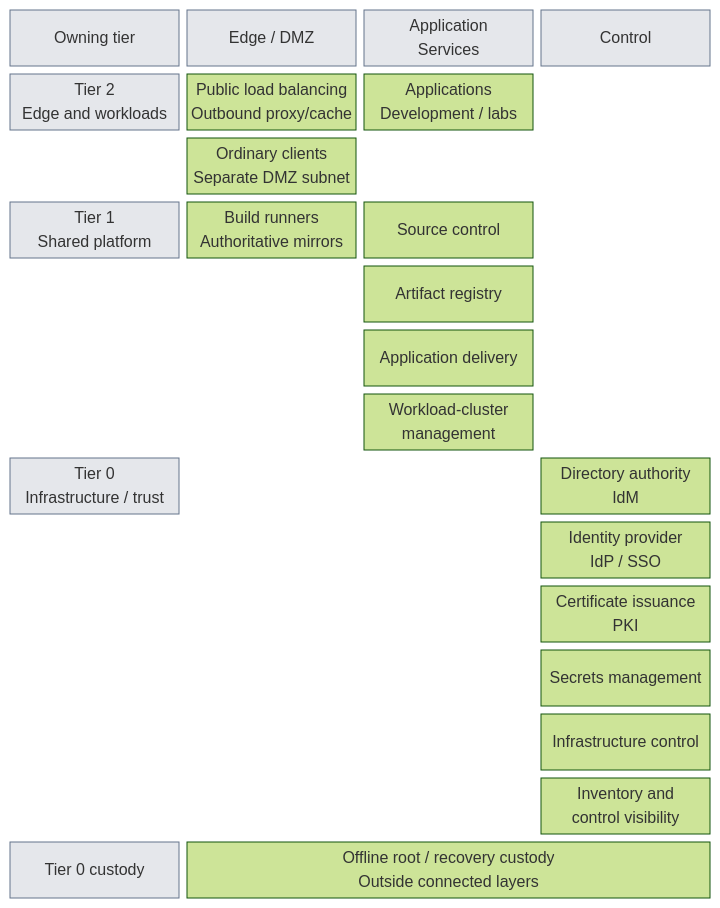
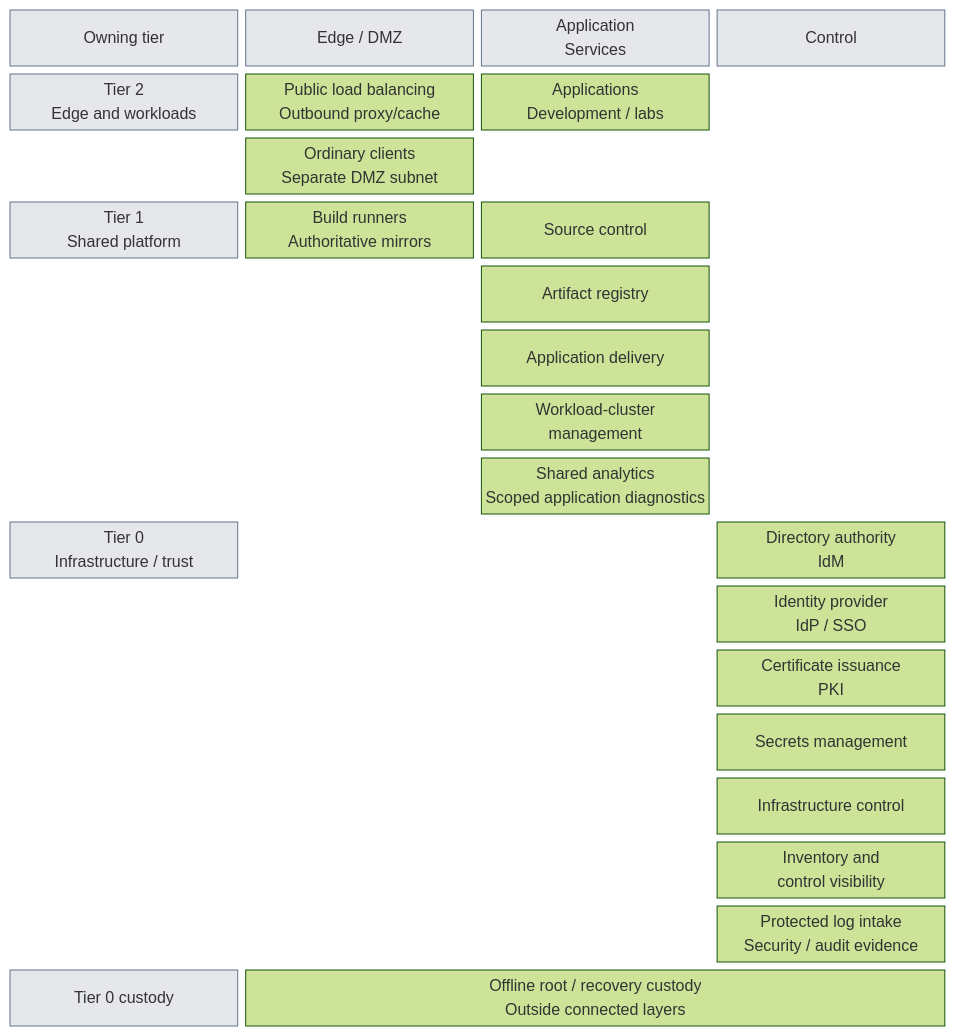
The first of 3 diagrams in docs/architecture/README.md (Rexus/homelab), drawn with Mermaid (forest theme) before and after one commit. The commit also changed other lines of this file and 52 other files, not shown here.

````diff
--- a/docs/architecture/README.md
+++ b/docs/architecture/README.md
@@ -53,29 +53,31 @@
 ```mermaid
 block-beta
   columns 4
   Ownership["Owning tier"] Edge["Edge / DMZ"] Application["Application<br/>Services"] Control["Control"]
   T2["Tier 2<br/>Edge and workloads"]
   PublicEdge["Public load balancing<br/>Outbound proxy/cache"]
   Workloads["Applications<br/>Development / labs"]
   space
   space Clients["Ordinary clients<br/>Separate DMZ subnet"] space:2
   T1["Tier 1<br/>Shared platform"]
   Publication["Build runners<br/>Authoritative mirrors"]
   Source["Source control"]
   space
   space:2 Artifacts["Artifact registry"] space
   space:2 Delivery["Application delivery"] space
   space:2 WorkloadManagement["Workload-cluster<br/>management"] space
+  space:2 Analytics["Shared analytics<br/>Scoped application diagnostics"] space
   T0["Tier 0<br/>Infrastructure / trust"]
   space:2
   IdM["Directory authority<br/>IdM"]
   space:3 IdP["Identity provider<br/>IdP / SSO"]
   space:3 PKI["Certificate issuance<br/>PKI"]
   space:3 Secrets["Secrets management"]
   space:3 Infrastructure["Infrastructure control"]
   space:3 Operations["Inventory and<br/>control visibility"]
+  space:3 Evidence["Protected log intake<br/>Security / audit evidence"]
   Custodians["Tier 0 custody"]
   Offline["Offline root / recovery custody<br/>Outside connected layers"]:3
   classDef axis fill:#e5e7eb,stroke:#64748b,color:#111827
   class Ownership,Edge,Application,Control,T2,T1,T0,Custodians axis
 ```
````
